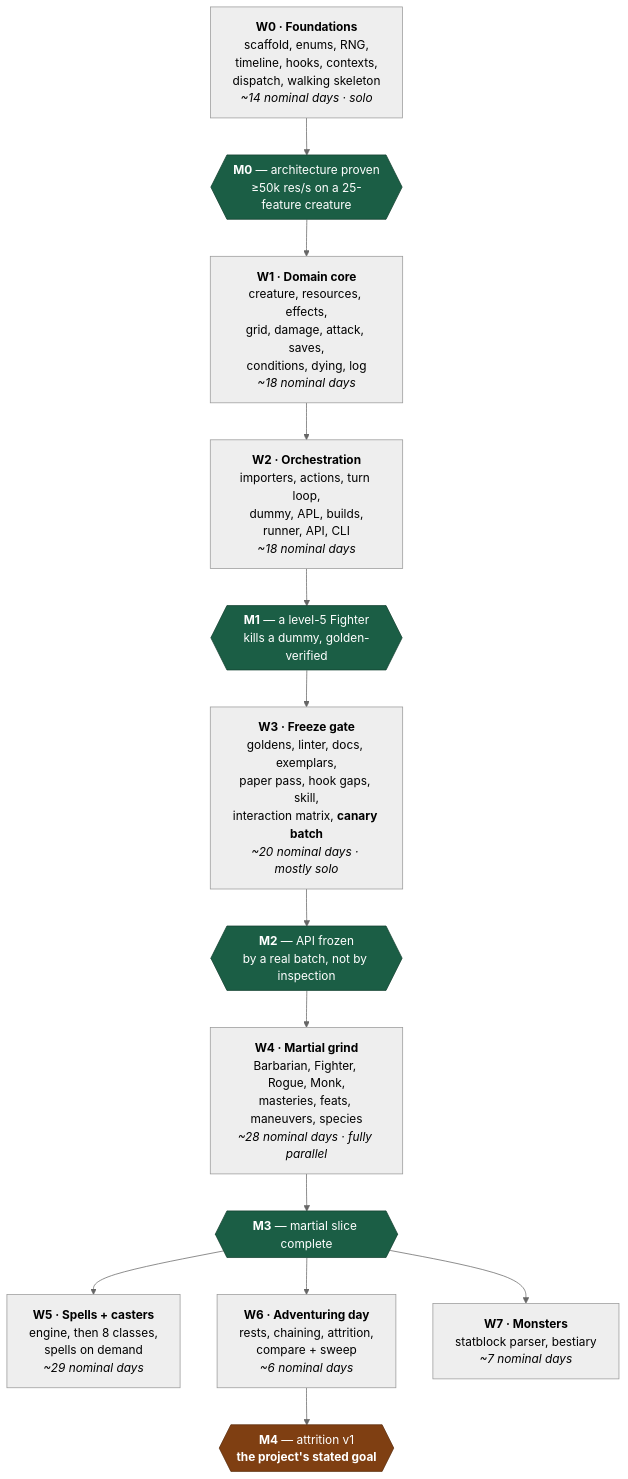
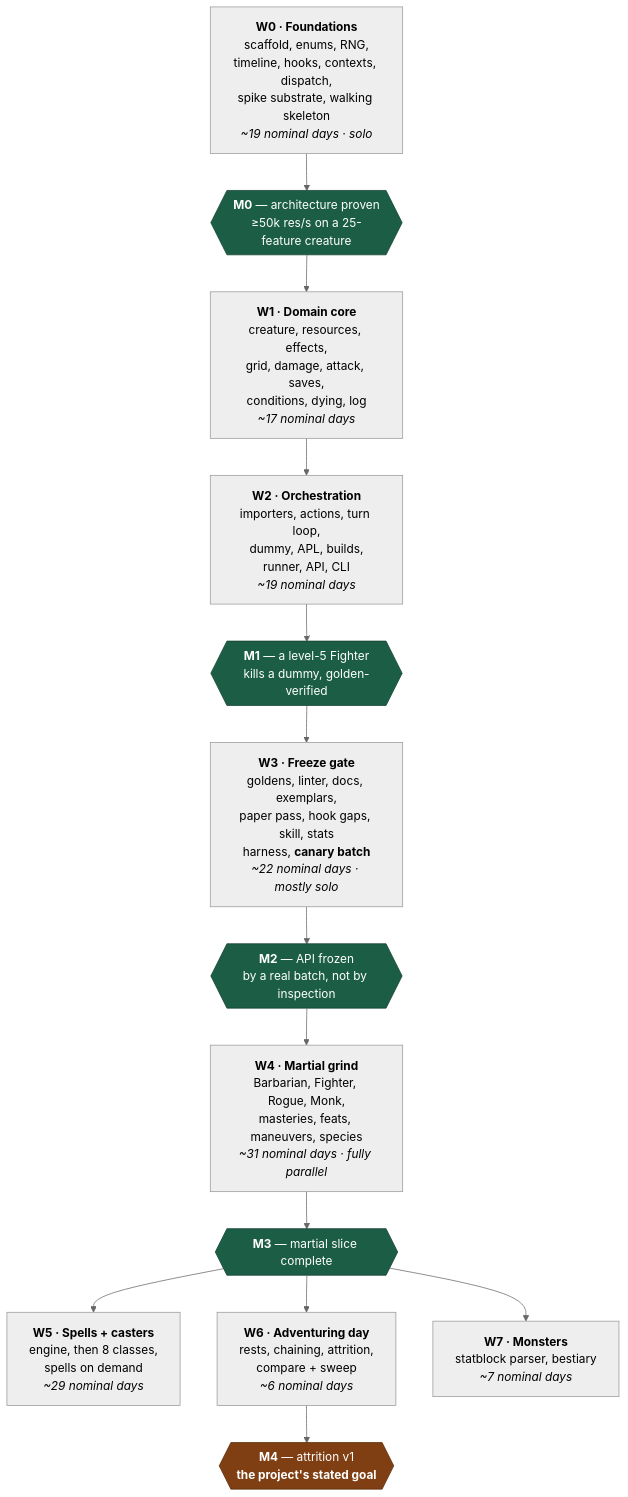
One commit to Luguza/DnD-Simulator changed the diagram in ROADMAP.md. Above: the diagram before and after it, drawn with Mermaid (neutral theme). The commit also changed other lines of this file and 2 other files, not shown here.

First line of the commit message:
Spec review: fix contradictions, close unowned scope, add W0 spike substrate

````diff
--- a/ROADMAP.md
+++ b/ROADMAP.md
@@ -62,26 +64,26 @@
 ```mermaid
 flowchart TD
-    W0["<b>W0 · Foundations</b><br/>scaffold, enums, RNG,<br/>timeline, hooks, contexts,<br/>dispatch, walking skeleton<br/><i>~14 nominal days · solo</i>"]
+    W0["<b>W0 · Foundations</b><br/>scaffold, enums, RNG,<br/>timeline, hooks, contexts, dispatch,<br/>spike substrate, walking skeleton<br/><i>~19 nominal days · solo</i>"]
     M0{{"<b>M0</b> — architecture proven<br/>≥50k res/s on a 25-feature creature"}}
-    W1["<b>W1 · Domain core</b><br/>creature, resources, effects,<br/>grid, damage, attack, saves,<br/>conditions, dying, log<br/><i>~18 nominal days</i>"]
-    W2["<b>W2 · Orchestration</b><br/>importers, actions, turn loop,<br/>dummy, APL, builds,<br/>runner, API, CLI<br/><i>~18 nominal days</i>"]
+    W1["<b>W1 · Domain core</b><br/>creature, resources, effects,<br/>grid, damage, attack, saves,<br/>conditions, dying, log<br/><i>~17 nominal days</i>"]
+    W2["<b>W2 · Orchestration</b><br/>importers, actions, turn loop,<br/>dummy, APL, builds,<br/>runner, API, CLI<br/><i>~19 nominal days</i>"]
     M1{{"<b>M1</b> — a level-5 Fighter<br/>kills a dummy, golden-verified"}}
-    W3["<b>W3 · Freeze gate</b><br/>goldens, linter, docs, exemplars,<br/>paper pass, hook gaps, skill,<br/>interaction matrix, <b>canary batch</b><br/><i>~20 nominal days · mostly solo</i>"]
+    W3["<b>W3 · Freeze gate</b><br/>goldens, linter, docs, exemplars,<br/>paper pass, hook gaps, skill, stats<br/>harness, <b>canary batch</b><br/><i>~22 nominal days · mostly solo</i>"]
     M2{{"<b>M2</b> — API frozen<br/>by a real batch, not by inspection"}}
-    W4["<b>W4 · Martial grind</b><br/>Barbarian, Fighter, Rogue, Monk,<br/>masteries, feats, maneuvers, species<br/><i>~28 nominal days · fully parallel</i>"]
+    W4["<b>W4 · Martial grind</b><br/>Barbarian, Fighter, Rogue, Monk,<br/>masteries, feats, maneuvers, species<br/><i>~31 nominal days · fully parallel</i>"]
     M3{{"<b>M3</b> — martial slice complete"}}
     W5["<b>W5 · Spells + casters</b><br/>engine, then 8 classes,<br/>spells on demand<br/><i>~29 nominal days</i>"]
     W6["<b>W6 · Adventuring day</b><br/>rests, chaining, attrition,<br/>compare + sweep<br/><i>~6 nominal days</i>"]
     M4{{"<b>M4</b> — attrition v1<br/><b>the project's stated goal</b>"}}
     W7["<b>W7 · Monsters</b><br/>statblock parser, bestiary<br/><i>~7 nominal days</i>"]
 
     W0 --> M0 --> W1 --> W2 --> M1 --> W3 --> M2 --> W4 --> M3
     M3 --> W5
     M3 --> W6 --> M4
     M3 --> W7
 
     classDef gate fill:#1b5e45,stroke:#123f2f,color:#ffffff;
     classDef goal fill:#7f3f12,stroke:#5c2d0d,color:#ffffff;
     class M0,M1,M2,M3 gate;
     class M4 goal;
 ```
````
